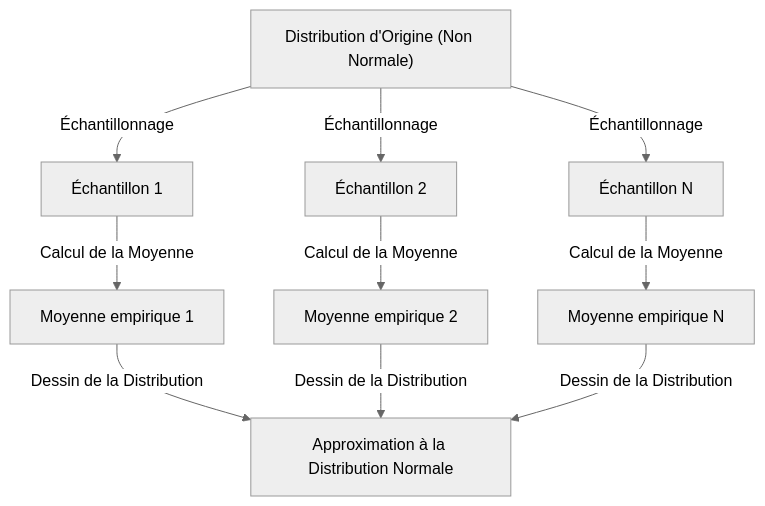
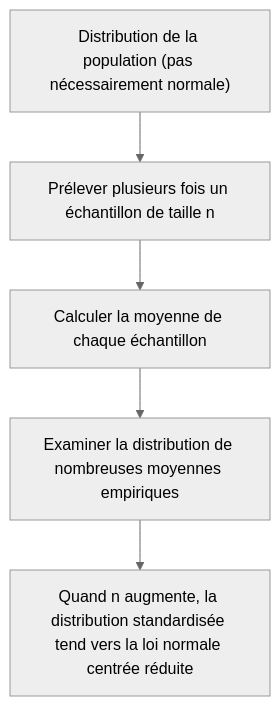
The diagram in content/post/central-limit-theorem/index.fr.md (kenjinote/blog), drawn with Mermaid (neutral theme) before and after one commit. The commit also changed other lines of this file and 15 other files, not shown here.

````diff
--- a/content/post/central-limit-theorem/index.fr.md
+++ b/content/post/central-limit-theorem/index.fr.md
@@ -44,12 +44,7 @@
 ```mermaid
 graph TD
-    A["Distribution d'Origine (Non Normale)"] -->|"Échantillonnage"| B["Échantillon 1"]
-    A -->|"Échantillonnage"| C["Échantillon 2"]
-    A -->|"Échantillonnage"| D["Échantillon N"]
-    B -->|"Calcul de la Moyenne"| E["Moyenne empirique 1"]
-    C -->|"Calcul de la Moyenne"| F["Moyenne empirique 2"]
-    D -->|"Calcul de la Moyenne"| G["Moyenne empirique N"]
-    E -->|"Dessin de la Distribution"| H["Approximation à la Distribution Normale"]
-    F -->|"Dessin de la Distribution"| H
-    G -->|"Dessin de la Distribution"| H
+    A["Distribution de la population (pas nécessairement normale)"] --> B["Prélever plusieurs fois un échantillon de taille n"]
+    B --> C["Calculer la moyenne de chaque échantillon"]
+    C --> D["Examiner la distribution de nombreuses moyennes empiriques"]
+    D --> E["Quand n augmente, la distribution standardisée tend vers la loi normale centrée réduite"]
 ```
````
